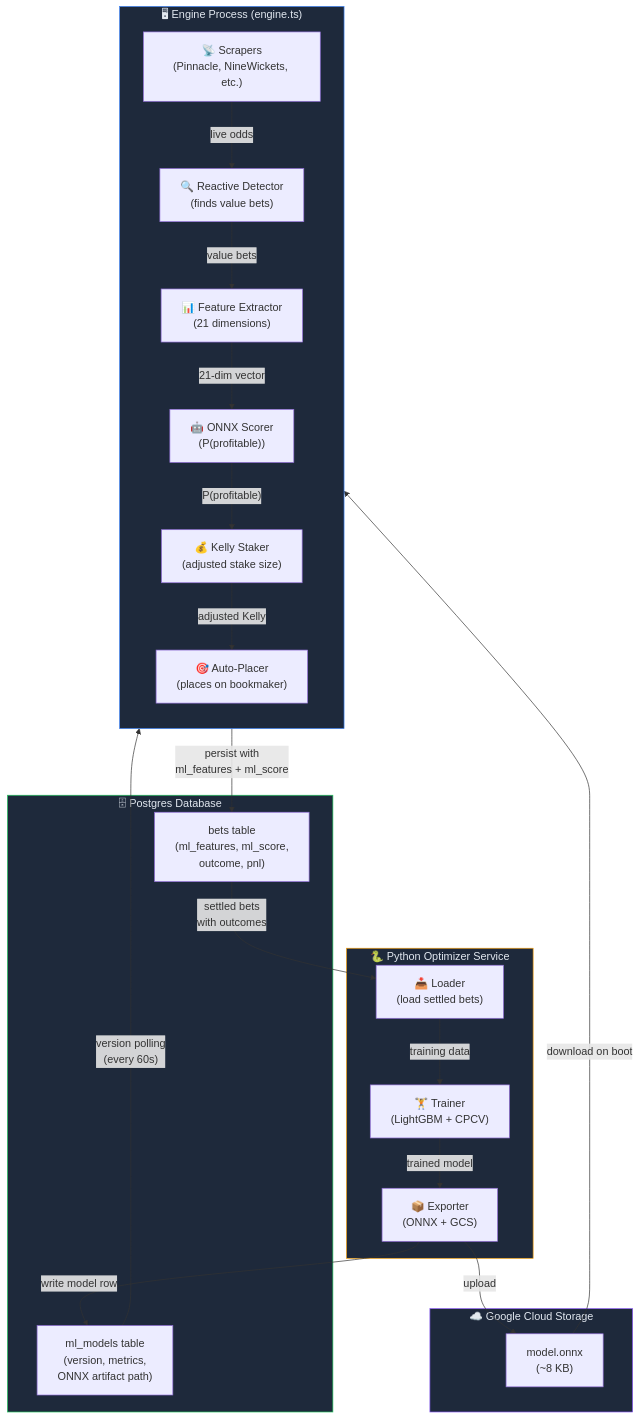
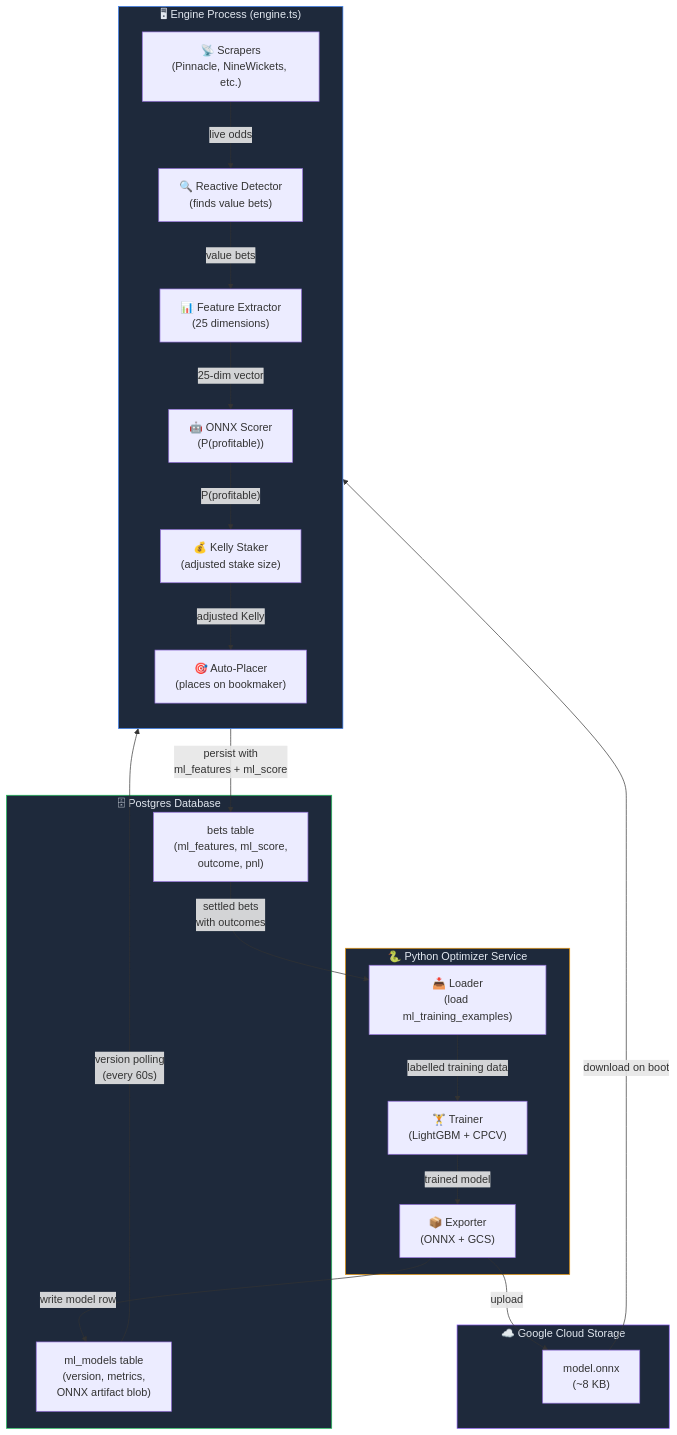
The first of 8 diagrams in MLOptimisation.md (nahidhasan830/nahidArbX), drawn with Mermaid before and after one commit. The commit also changed other lines of this file and 284 other files, not shown here.

````diff
--- a/MLOptimisation.md
+++ b/MLOptimisation.md
@@ -19,46 +19,46 @@
 ```mermaid
 graph TB
     subgraph ENGINE["🖥 Engine Process (engine.ts)"]
         direction TB
         SCRAPER["📡 Scrapers<br/>(Pinnacle, NineWickets, etc.)"]
         DETECTOR["🔍 Reactive Detector<br/>(finds value bets)"]
-        FEATURES["📊 Feature Extractor<br/>(21 dimensions)"]
+        FEATURES["📊 Feature Extractor<br/>(25 dimensions)"]
         SCORER["🤖 ONNX Scorer<br/>(P(profitable))"]
         STAKER["💰 Kelly Staker<br/>(adjusted stake size)"]
         PLACER["🎯 Auto-Placer<br/>(places on bookmaker)"]
     end
 
     subgraph DB["🗄 Postgres Database"]
         BETS["bets table<br/>(ml_features, ml_score,<br/>outcome, pnl)"]
-        MODELS["ml_models table<br/>(version, metrics,<br/>ONNX artifact path)"]
+        MODELS["ml_models table<br/>(version, metrics,<br/>ONNX artifact blob)"]
     end
 
     subgraph OPTIMIZER["🐍 Python Optimizer Service"]
-        LOADER["📥 Loader<br/>(load settled bets)"]
+        LOADER["📥 Loader<br/>(load ml_training_examples)"]
         TRAINER["🏋️ Trainer<br/>(LightGBM + CPCV)"]
         EXPORTER["📦 Exporter<br/>(ONNX + GCS)"]
     end
 
     subgraph GCS["☁️ Google Cloud Storage"]
         ONNX_FILE["model.onnx<br/>(~8 KB)"]
     end
 
     SCRAPER -->|"live odds"| DETECTOR
     DETECTOR -->|"value bets"| FEATURES
-    FEATURES -->|"21-dim vector"| SCORER
+    FEATURES -->|"25-dim vector"| SCORER
     SCORER -->|"P(profitable)"| STAKER
     STAKER -->|"adjusted Kelly"| PLACER
     DETECTOR -->|"persist with<br/>ml_features + ml_score"| BETS
     BETS -->|"settled bets<br/>with outcomes"| LOADER
-    LOADER -->|"training data"| TRAINER
+    LOADER -->|"labelled training data"| TRAINER
     TRAINER -->|"trained model"| EXPORTER
     EXPORTER -->|"upload"| ONNX_FILE
     EXPORTER -->|"write model row"| MODELS
     ONNX_FILE -->|"download on boot"| SCORER
     MODELS -->|"version polling<br/>(every 60s)"| SCORER
 
     style ENGINE fill:#1e293b,stroke:#3b82f6,color:#e2e8f0
     style DB fill:#1e293b,stroke:#22c55e,color:#e2e8f0
     style OPTIMIZER fill:#1e293b,stroke:#f59e0b,color:#e2e8f0
     style GCS fill:#1e293b,stroke:#8b5cf6,color:#e2e8f0
 ```
````
